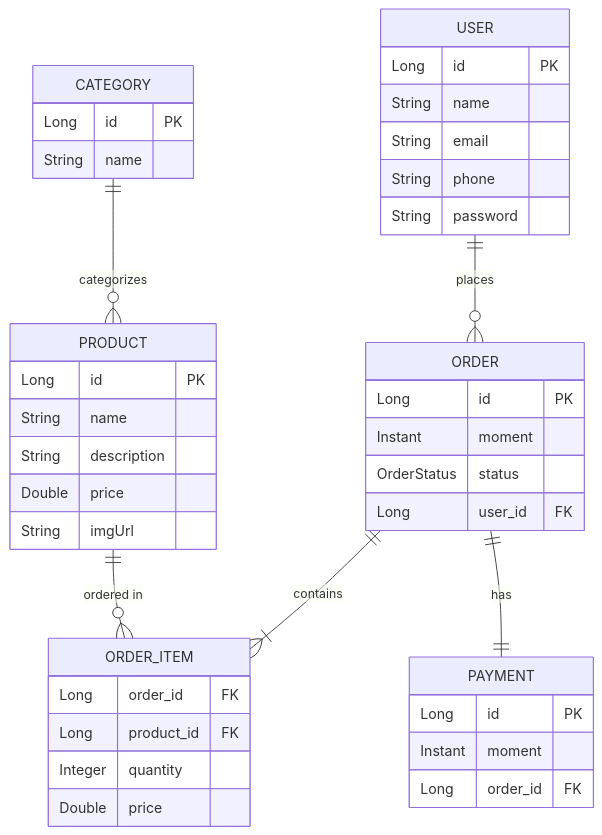
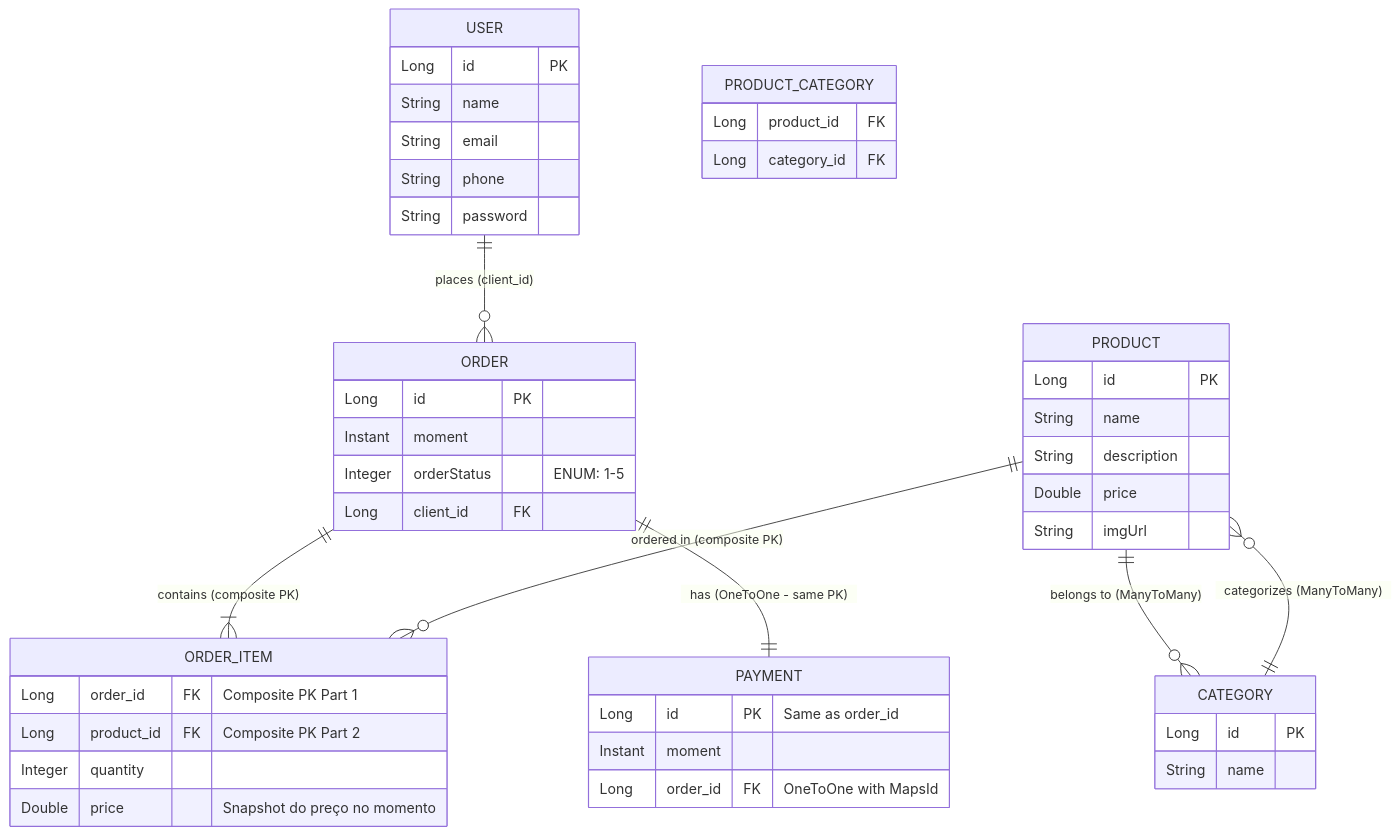
One commit to JoaoGuilhermmy/workshop-API changed the second of 2 diagrams in README.md. Above: the diagram before and after it, drawn with Mermaid. The commit also changed other lines of this file, not shown here.

````diff
--- a/README.md
+++ b/README.md
@@ -203,49 +153,55 @@
 ```mermaid
 erDiagram
-    USER ||--o{ ORDER : places
-    ORDER ||--|{ ORDER_ITEM : contains
-    PRODUCT ||--o{ ORDER_ITEM : "ordered in"
-    CATEGORY ||--o{ PRODUCT : categorizes
-    ORDER ||--|| PAYMENT : has
+    USER ||--o{ ORDER : "places (client_id)"
+    ORDER ||--|{ ORDER_ITEM : "contains (composite PK)"
+    PRODUCT ||--o{ ORDER_ITEM : "ordered in (composite PK)"
+    CATEGORY ||--o{ PRODUCT : "categorizes (ManyToMany)"
+    PRODUCT ||--o{ CATEGORY : "belongs to (ManyToMany)"
+    ORDER ||--|| PAYMENT : "has (OneToOne - same PK)"
     
     USER {
         Long id PK
         String name
         String email
         String phone
         String password
     }
     
     ORDER {
         Long id PK
         Instant moment
-        OrderStatus status
-        Long user_id FK
+        Integer orderStatus "ENUM: 1-5"
+        Long client_id FK
     }
     
     PRODUCT {
         Long id PK
         String name
         String description
         Double price
         String imgUrl
     }
     
     CATEGORY {
         Long id PK
         String name
     }
     
     ORDER_ITEM {
-        Long order_id FK
-        Long product_id FK
+        Long order_id FK "Composite PK Part 1"
+        Long product_id FK "Composite PK Part 2"
         Integer quantity
-        Double price
+        Double price "Snapshot do preço no momento"
     }
     
     PAYMENT {
-        Long id PK
+        Long id PK "Same as order_id"
         Instant moment
-        Long order_id FK
+        Long order_id FK "OneToOne with MapsId"
+    }
+    
+    PRODUCT_CATEGORY {
+        Long product_id FK
+        Long category_id FK
     }
 ```
````
